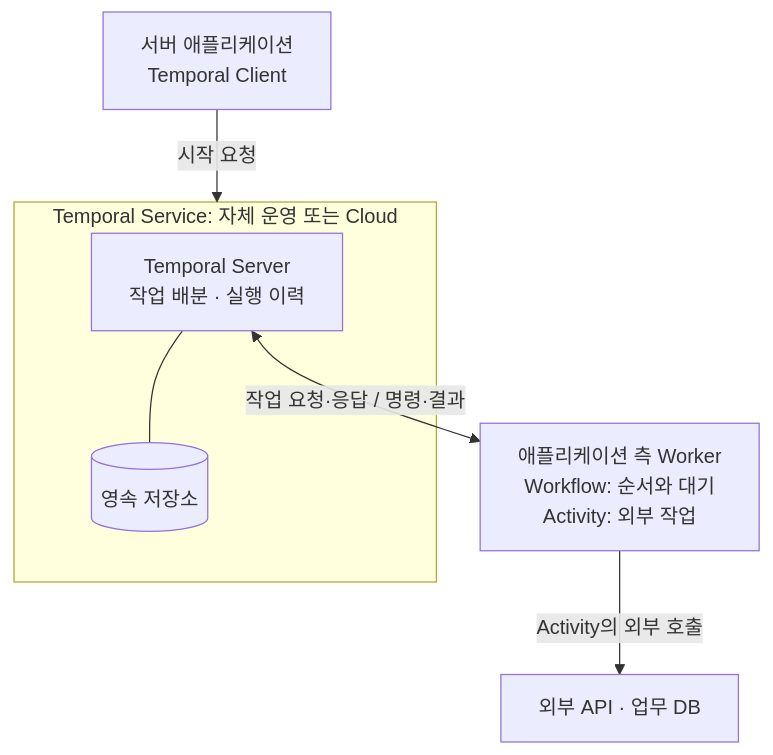
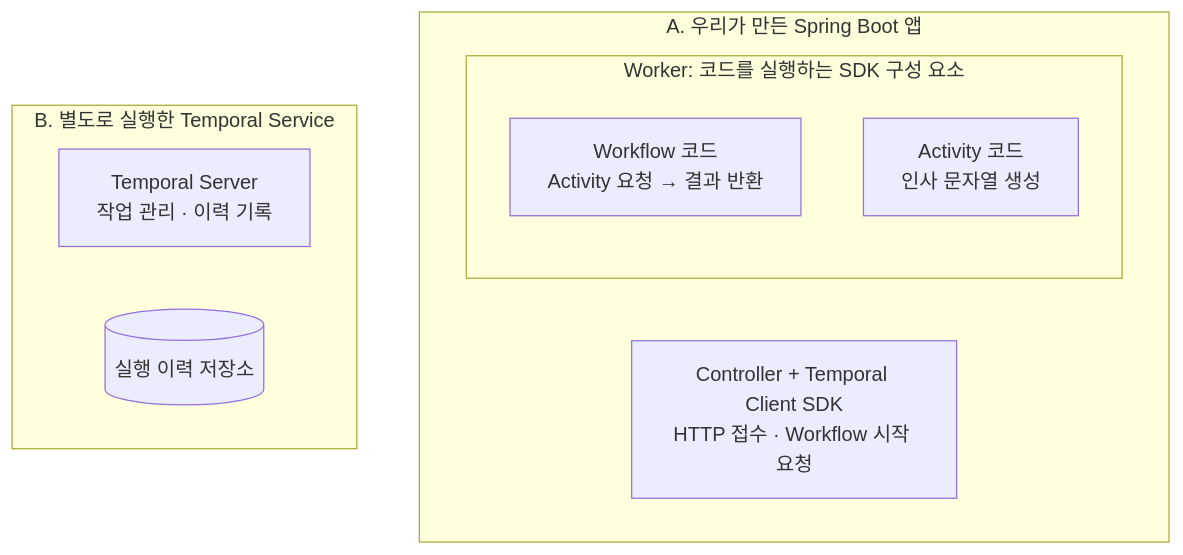
The first of 4 diagrams in src/content/posts/ko/temporal-01-overview/index.md (hanumoka/hanumoka.github.io), drawn with Mermaid before and after one commit. The commit also changed other lines of this file and 7 other files, not shown here.

````diff
--- a/src/content/posts/ko/temporal-01-overview/index.md
+++ b/src/content/posts/ko/temporal-01-overview/index.md
@@ -79,16 +72,20 @@
 ```mermaid
 flowchart TB
-    accTitle: Temporal Service와 Worker의 역할
-    accDescr: Client가 시작을 요청하고 Worker는 Service에서 작업을 받아 코드를 실행한다. 외부 API와 업무 DB는 Activity가 접근한다.
-    C["서버 애플리케이션<br/>Temporal Client"]
-    subgraph S["Temporal Service: 자체 운영 또는 Cloud"]
-        T["Temporal Server<br/>작업 배분 · 실행 이력"]
-        H[("영속 저장소")]
-        T --- H
+    accTitle: 이번 예제에서 각 구성 요소가 실행되는 위치
+    accDescr: 우리 Spring Boot 앱 안에 Controller와 Temporal Client, Worker가 있다. Worker가 Workflow와 Activity 코드를 실행한다. Temporal Service는 별도 실행한다. 이 그림에는 통신 순서를 표시하지 않는다.
+    subgraph APP["A. 우리가 만든 Spring Boot 앱"]
+        C["Controller + Temporal Client SDK
+HTTP 접수 · Workflow 시작 요청"]
+        subgraph WORKER["Worker: 코드를 실행하는 SDK 구성 요소"]
+            W["Workflow 코드
+Activity 요청 → 결과 반환"]
+            A["Activity 코드
+인사 문자열 생성"]
+        end
     end
-    W["애플리케이션 측 Worker<br/>Workflow: 순서와 대기<br/>Activity: 외부 작업"]
-    E["외부 API · 업무 DB"]
-    C -->|"시작 요청"| S
-    T <-->|"작업 요청·응답 / 명령·결과"| W
-    W -->|"Activity의 외부 호출"| E
+    subgraph SERVICE["B. 별도로 실행한 Temporal Service"]
+        T["Temporal Server
+작업 관리 · 이력 기록"]
+        H[("실행 이력 저장소")]
+    end
 ```
````
